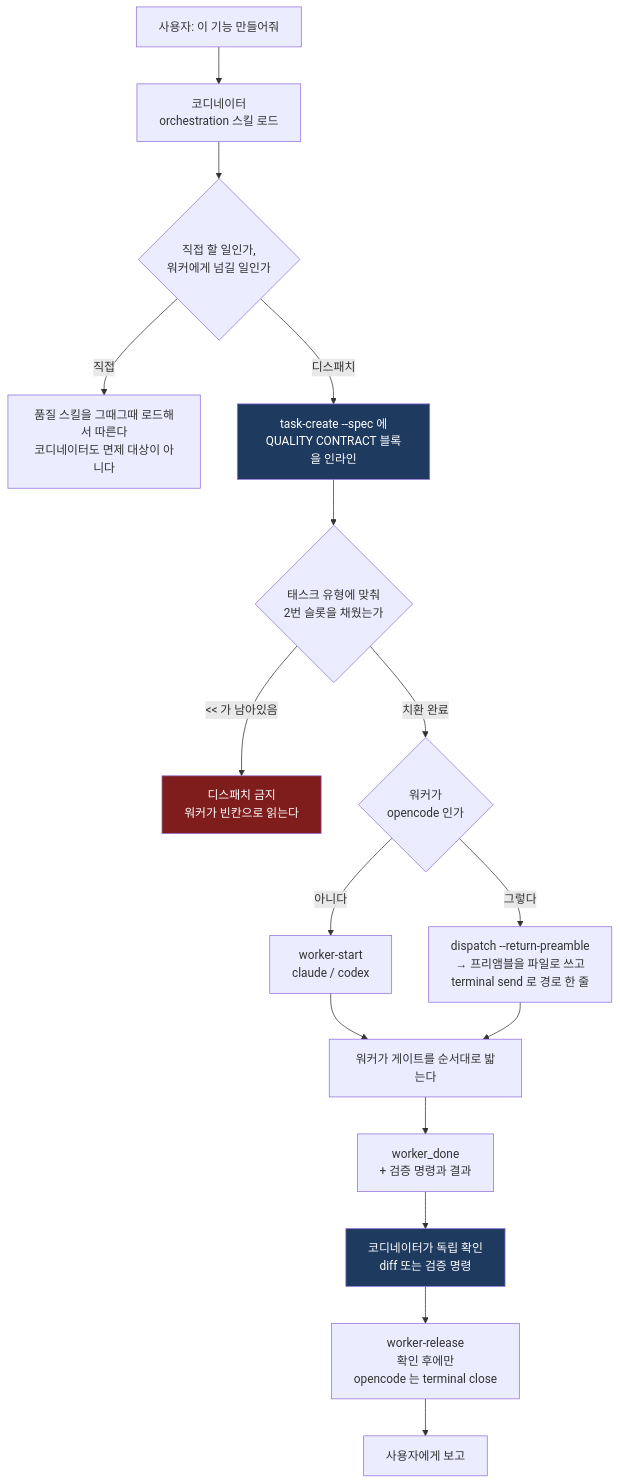
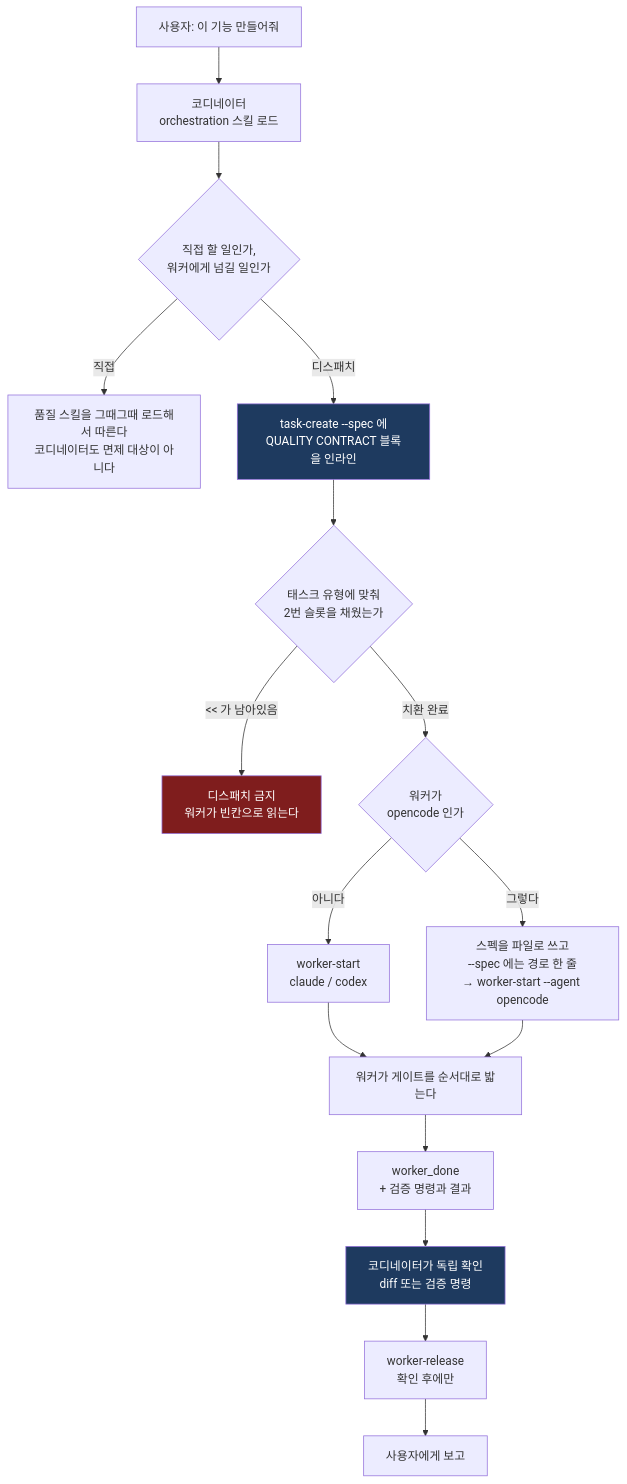
One commit to treeman99/skills changed the first of 4 diagrams in docs/how-it-works.md. Above: the diagram before and after it, drawn with Mermaid. The commit also changed other lines of this file and 3 other files, not shown here.

````diff
--- a/docs/how-it-works.md
+++ b/docs/how-it-works.md
@@ -7,25 +7,25 @@
 ```mermaid
 flowchart TD
     U["사용자: 이 기능 만들어줘"] --> C["코디네이터<br/>orchestration 스킬 로드"]
     C --> D{"직접 할 일인가,<br/>워커에게 넘길 일인가"}
 
     D -->|직접| S1["품질 스킬을 그때그때 로드해서 따른다<br/>코디네이터도 면제 대상이 아니다"]
     D -->|디스패치| S2["task-create --spec 에<br/>QUALITY CONTRACT 블록을 인라인"]
 
     S2 --> T{"태스크 유형에 맞춰<br/>2번 슬롯을 채웠는가"}
     T -->|"&lt;&lt; 가 남아있음"| X["디스패치 금지<br/>워커가 빈칸으로 읽는다"]
     T -->|치환 완료| A{"워커가<br/>opencode 인가"}
     A -->|아니다| W["worker-start<br/>claude / codex"]
-    A -->|그렇다| WO["dispatch --return-preamble<br/>→ 프리앰블을 파일로 쓰고<br/>terminal send 로 경로 한 줄"]
+    A -->|그렇다| WO["스펙을 파일로 쓰고<br/>--spec 에는 경로 한 줄<br/>→ worker-start --agent opencode"]
 
     W --> G["워커가 게이트를 순서대로 밟는다"]
     WO --> G
     G --> R["worker_done<br/>+ 검증 명령과 결과"]
     R --> V["코디네이터가 독립 확인<br/>diff 또는 검증 명령"]
-    V --> RL["worker-release<br/>확인 후에만<br/>opencode 는 terminal close"]
+    V --> RL["worker-release<br/>확인 후에만"]
     RL --> U2["사용자에게 보고"]
 
     style X fill:#7f1d1d,color:#fff
     style S2 fill:#1e3a5f,color:#fff
     style V fill:#1e3a5f,color:#fff
 ```
````
